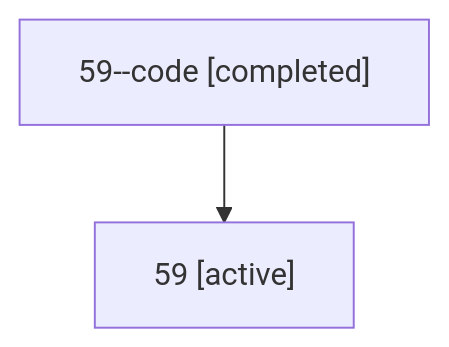
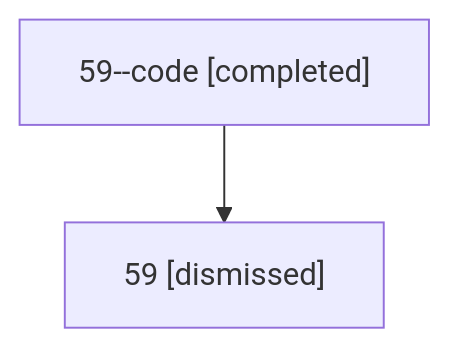
One commit to bobs-org/bob-cli--agents changed the diagram in sessions/bbugyi200.athena.59.md. Above: the diagram before and after it, drawn with Mermaid. The commit also changed other lines of this file and 12 other files, not shown here.

````diff
--- a/sessions/bbugyi200.athena.59.md
+++ b/sessions/bbugyi200.athena.59.md
@@ -9,6 +9,6 @@
 ```mermaid
 flowchart TD
   n0["59--code [completed]"]
-  n1["59 [active]"]
+  n1["59 [dismissed]"]
   n0 --> n1
 ```
````
